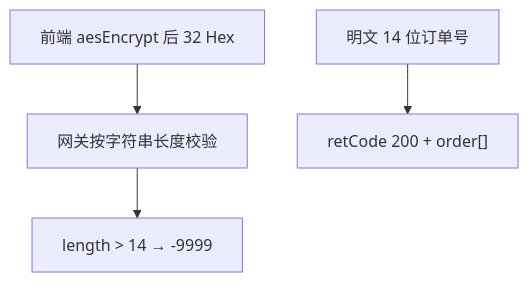
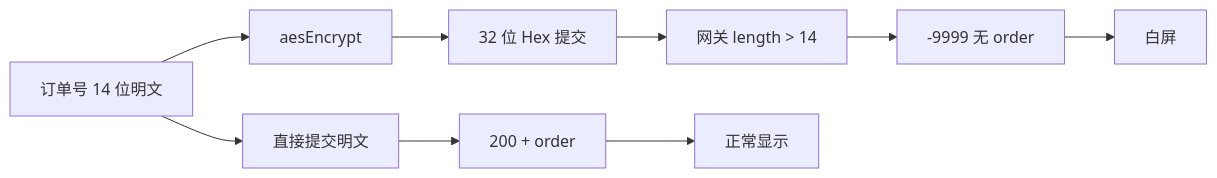
The diagram in content/posts/PC微信小程序浙江移动宽带订单详情白屏排查：AES作用域、订单号长度14与SeaJS空模块.md (fjh1997/cat), drawn with Mermaid before and after one commit. The commit also changed other lines of this file, not shown here.

````diff
--- a/content/posts/PC微信小程序浙江移动宽带订单详情白屏排查：AES作用域、订单号长度14与SeaJS空模块.md
+++ b/content/posts/PC微信小程序浙江移动宽带订单详情白屏排查：AES作用域、订单号长度14与SeaJS空模块.md
@@ -139,6 +38,11 @@
 ```mermaid
-flowchart TB
-  A[前端 aesEncrypt 后 32 Hex] --> B[网关按字符串长度校验]
-  B --> C["length > 14 → -9999"]
-  D[明文 14 位订单号] --> E["retCode 200 + order[]"]
+flowchart LR
+  A[订单号 14 位明文] --> B[aesEncrypt]
+  B --> C[32 位 Hex 提交]
+  C --> D[网关 length > 14]
+  D --> E[-9999 无 order]
+  E --> F[白屏]
+  A --> G[直接提交明文]
+  G --> H[200 + order]
+  H --> I[正常显示]
 ```
````
